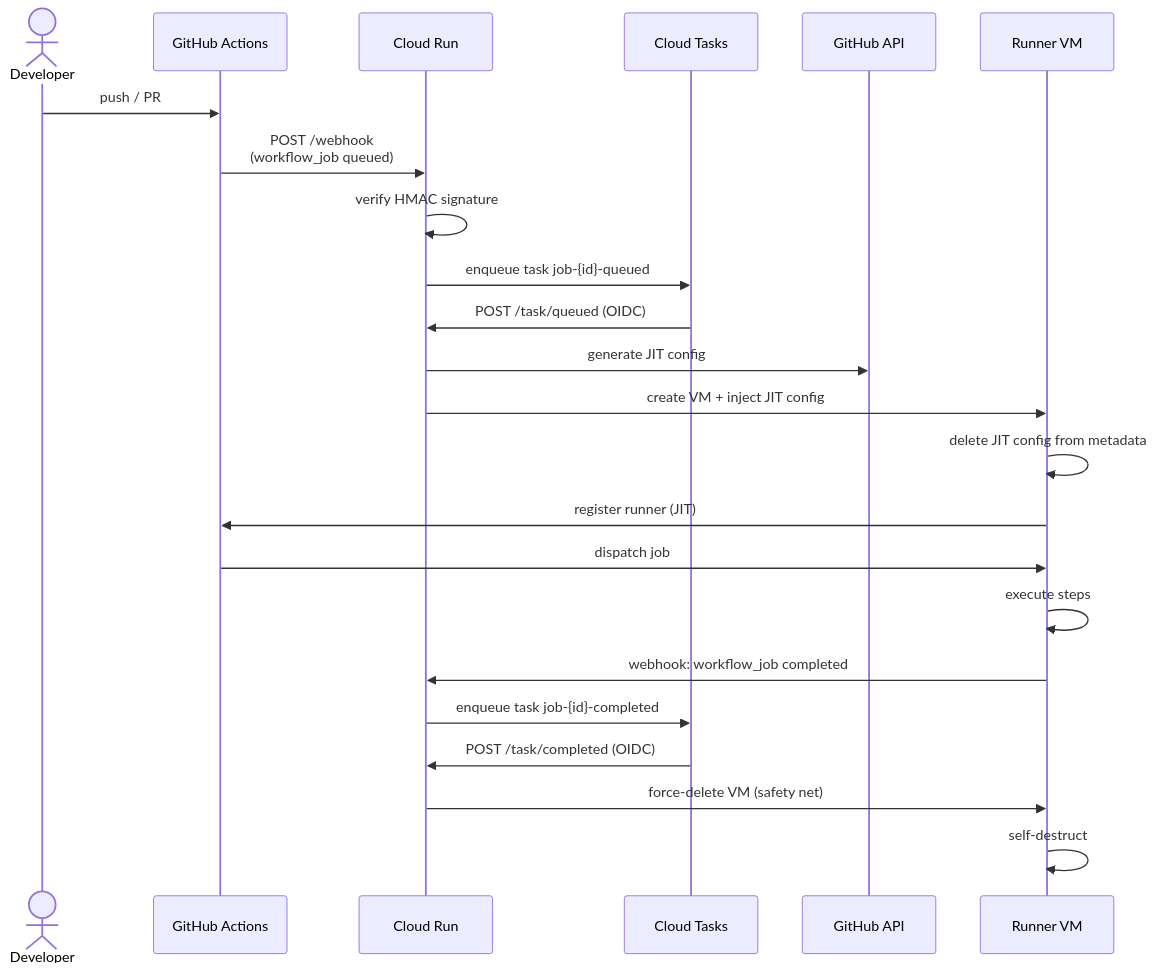
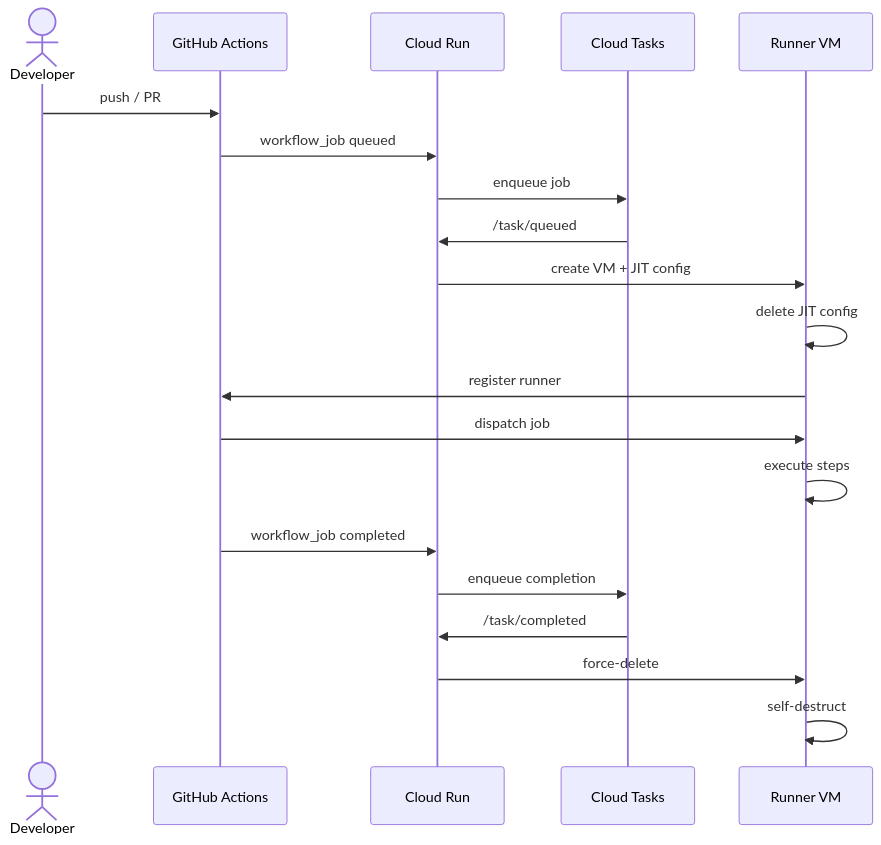
Before and after one commit to CamdenClark/gcrunner: the second of 5 diagrams in website/content/docs/architecture.md, drawn with Mermaid. The commit also changed other lines of this file, not shown here.

Commit message:
Fix mermaid diagrams: remove \n, simplify labels

````diff
--- a/website/content/docs/architecture.md
+++ b/website/content/docs/architecture.md
@@ -34,26 +34,23 @@
 ```mermaid
 sequenceDiagram
     actor Dev as Developer
     participant GH as GitHub Actions
     participant CR as Cloud Run
     participant CT as Cloud Tasks
-    participant API as GitHub API
     participant VM as Runner VM
 
     Dev->>GH: push / PR
-    GH->>CR: POST /webhook<br/>(workflow_job queued)
-    CR->>CR: verify HMAC signature
-    CR->>CT: enqueue task job-{id}-queued
-    CT->>CR: POST /task/queued (OIDC)
-    CR->>API: generate JIT config
-    CR->>VM: create VM + inject JIT config
-    VM->>VM: delete JIT config from metadata
-    VM->>GH: register runner (JIT)
+    GH->>CR: workflow_job queued
+    CR->>CT: enqueue job
+    CT->>CR: /task/queued
+    CR->>VM: create VM + JIT config
+    VM->>VM: delete JIT config
+    VM->>GH: register runner
     GH->>VM: dispatch job
     VM->>VM: execute steps
-    VM->>CR: webhook: workflow_job completed
-    CR->>CT: enqueue task job-{id}-completed
-    CT->>CR: POST /task/completed (OIDC)
-    CR->>VM: force-delete VM (safety net)
+    GH->>CR: workflow_job completed
+    CR->>CT: enqueue completion
+    CT->>CR: /task/completed
+    CR->>VM: force-delete
     VM->>VM: self-destruct
 ```
````
